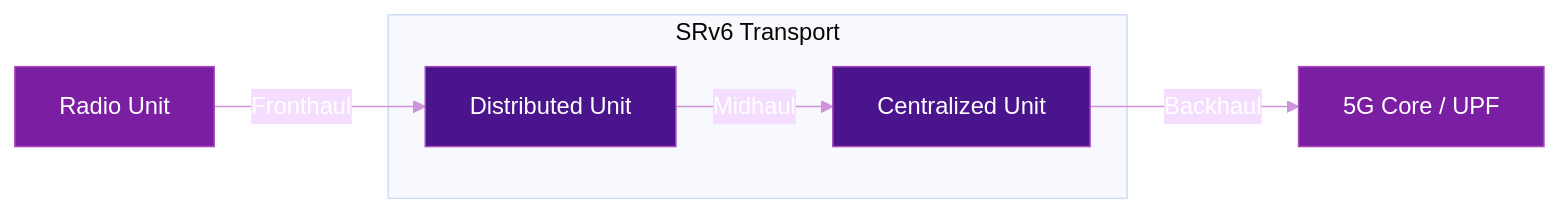
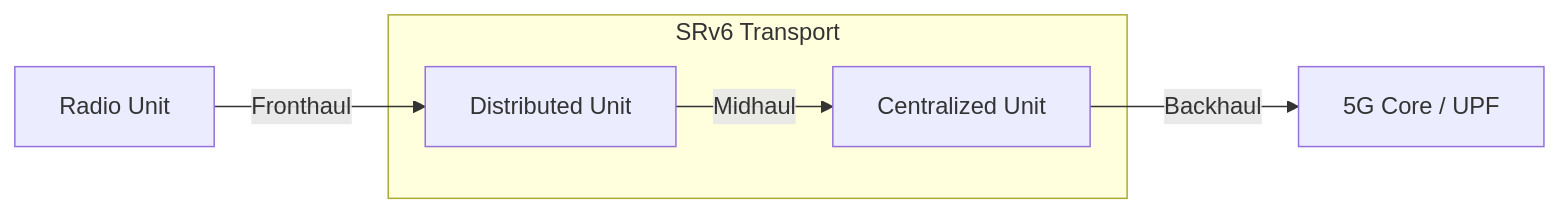
Before and after one commit to eldaninavas/srv6.md: the diagram in docs/use-cases/5g-transport.md, drawn with Mermaid. The commit also changed 29 other files, not shown here.

First line of the commit message:
fix(mermaid): apply theme-aware colors site-wide

````diff
--- a/docs/use-cases/5g-transport.md
+++ b/docs/use-cases/5g-transport.md
@@ -29,17 +29,11 @@
 ```mermaid
-%%{init: {"theme": "base", "themeVariables": {"primaryTextColor": "#fff", "lineColor": "#ce93d8", "textColor": "#fff"}}}%%
 graph LR
     RU[Radio Unit] -->|Fronthaul| DU[Distributed Unit]
     DU -->|Midhaul| CU[Centralized Unit]
     CU -->|Backhaul| CORE[5G Core / UPF]
 
     subgraph SRv6 Transport
         DU
         CU
     end
-
-    style RU fill:#7b1fa2,color:#fff,stroke:#ab47bc
-    style CORE fill:#7b1fa2,color:#fff,stroke:#ab47bc
-    style DU fill:#4a148c,color:#fff,stroke:#ab47bc
-    style CU fill:#4a148c,color:#fff,stroke:#ab47bc
 ```
````
